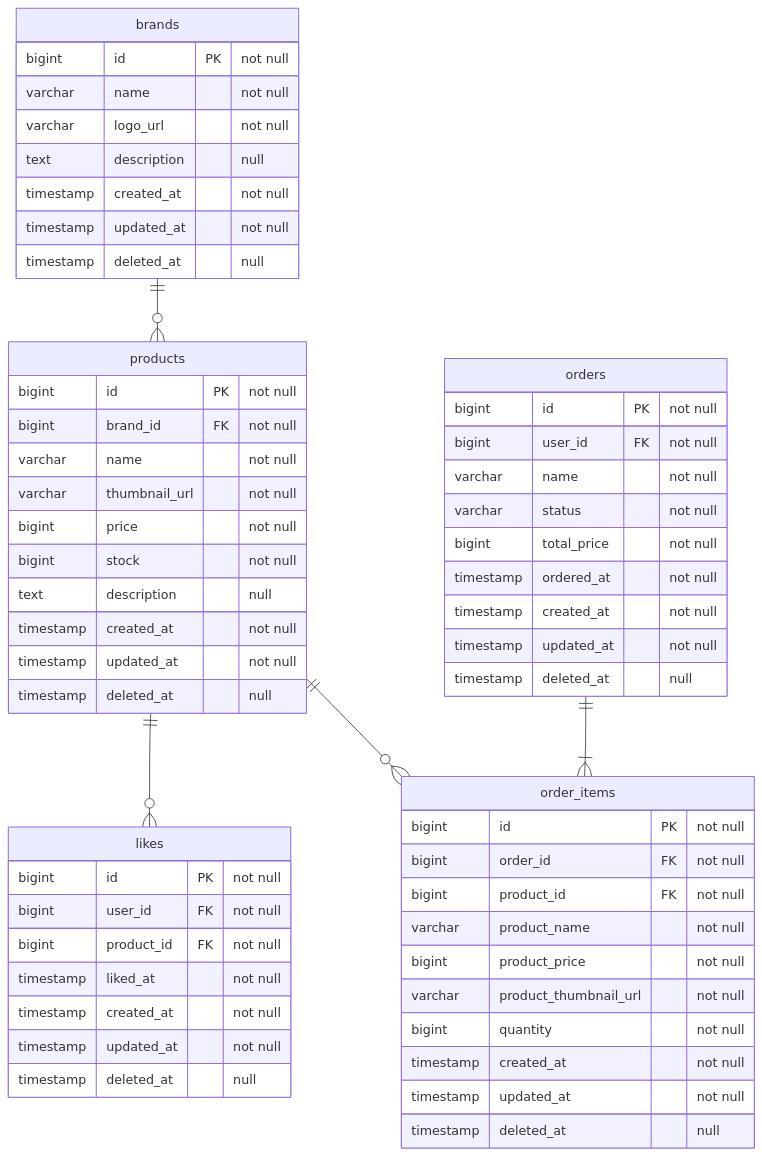
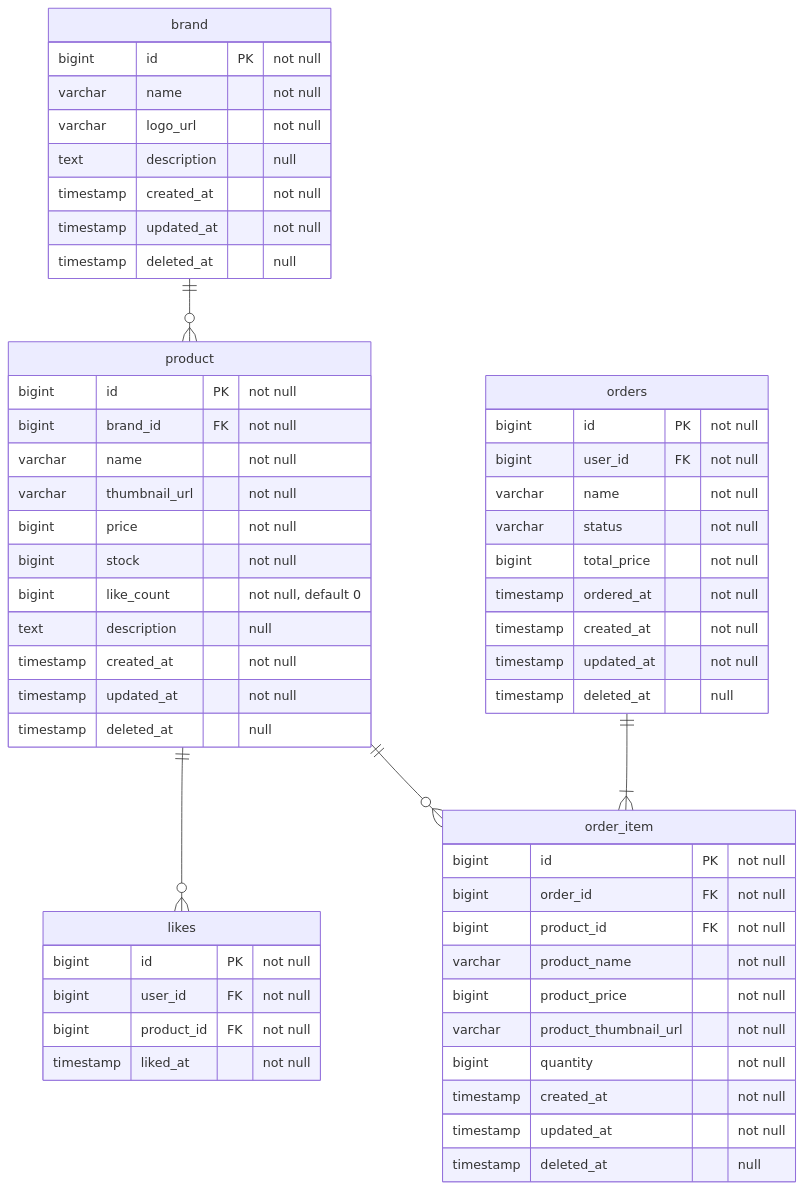
One commit to Loopers-dev-lab/loop-pack-be-l2-vol3-java changed the diagram in .docs/design/04-erd.md. Above: the diagram before and after it, drawn with Mermaid. The commit also changed other lines of this file and 143 other files, not shown here.

````diff
--- a/.docs/design/04-erd.md
+++ b/.docs/design/04-erd.md
@@ -20,65 +20,63 @@
 ```mermaid
 erDiagram
-    products {
+    product {
         bigint id PK "not null"
         bigint brand_id FK "not null"
         varchar name "not null"
         varchar thumbnail_url "not null"
         bigint price "not null"
         bigint stock "not null"
+        bigint like_count "not null, default 0"
         text description "null"
         timestamp created_at "not null"
         timestamp updated_at "not null"
         timestamp deleted_at "null"
     }
     
-    brands {
+    brand {
         bigint id PK "not null"
         varchar name "not null"
         varchar logo_url "not null"
         text description "null"
         timestamp created_at "not null"
         timestamp updated_at "not null"
         timestamp deleted_at "null"
     }
     
     likes {
         bigint id PK "not null"
         bigint user_id FK "not null"
         bigint product_id FK "not null"
         timestamp liked_at "not null"
-        timestamp created_at "not null"
-        timestamp updated_at "not null"
-        timestamp deleted_at "null"
     }
     
     orders {
         bigint id PK "not null"
         bigint user_id FK "not null"
         varchar name "not null"
         varchar status "not null"
         bigint total_price "not null"
         timestamp ordered_at "not null"
         timestamp created_at "not null"
         timestamp updated_at "not null"
         timestamp deleted_at "null"
     }
     
-    order_items {
+    order_item {
         bigint id PK "not null"
         bigint order_id FK "not null"
         bigint product_id FK "not null"
         varchar product_name "not null"
         bigint product_price "not null"
         varchar product_thumbnail_url "not null"
         bigint quantity "not null"
         timestamp created_at "not null"
         timestamp updated_at "not null"
         timestamp deleted_at "null"
     }
     
-    brands ||--o{ products: ""
-    products ||--o{ likes: ""
-    products ||--o{ order_items: ""
-    orders ||--|{ order_items: ""
+    brand ||--o{ product: ""
+    product ||--o{ likes: ""
+    product ||--o{ order_item: ""
+    orders ||--|{ order_item: ""
 ```
````
